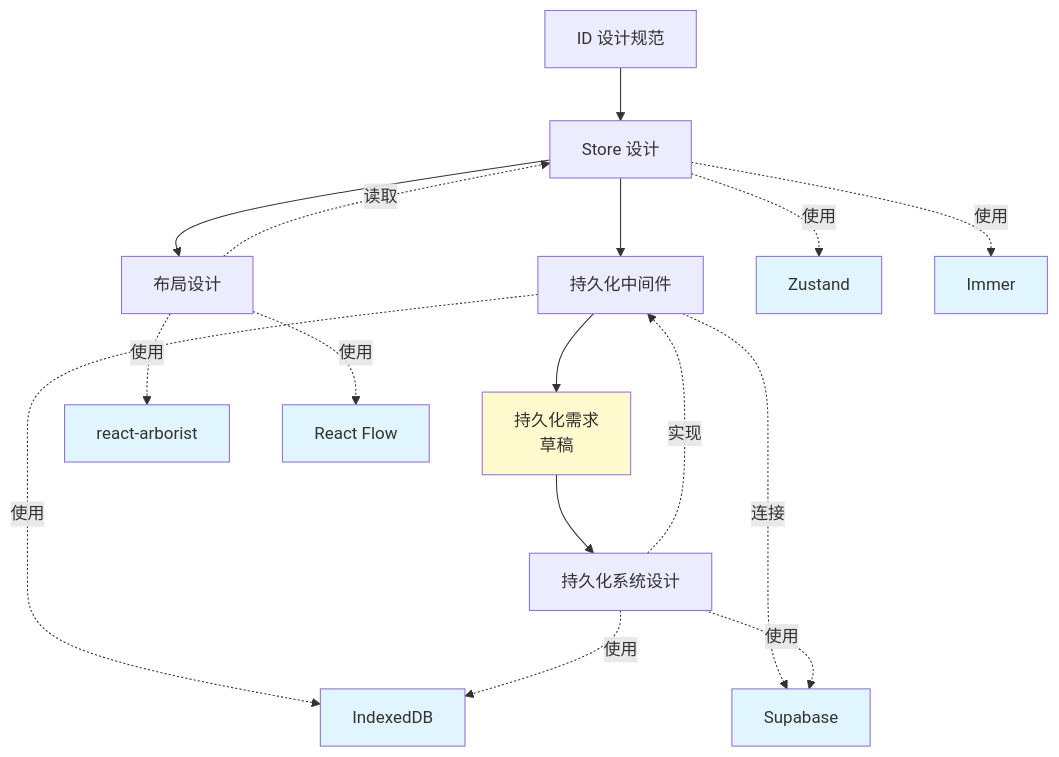
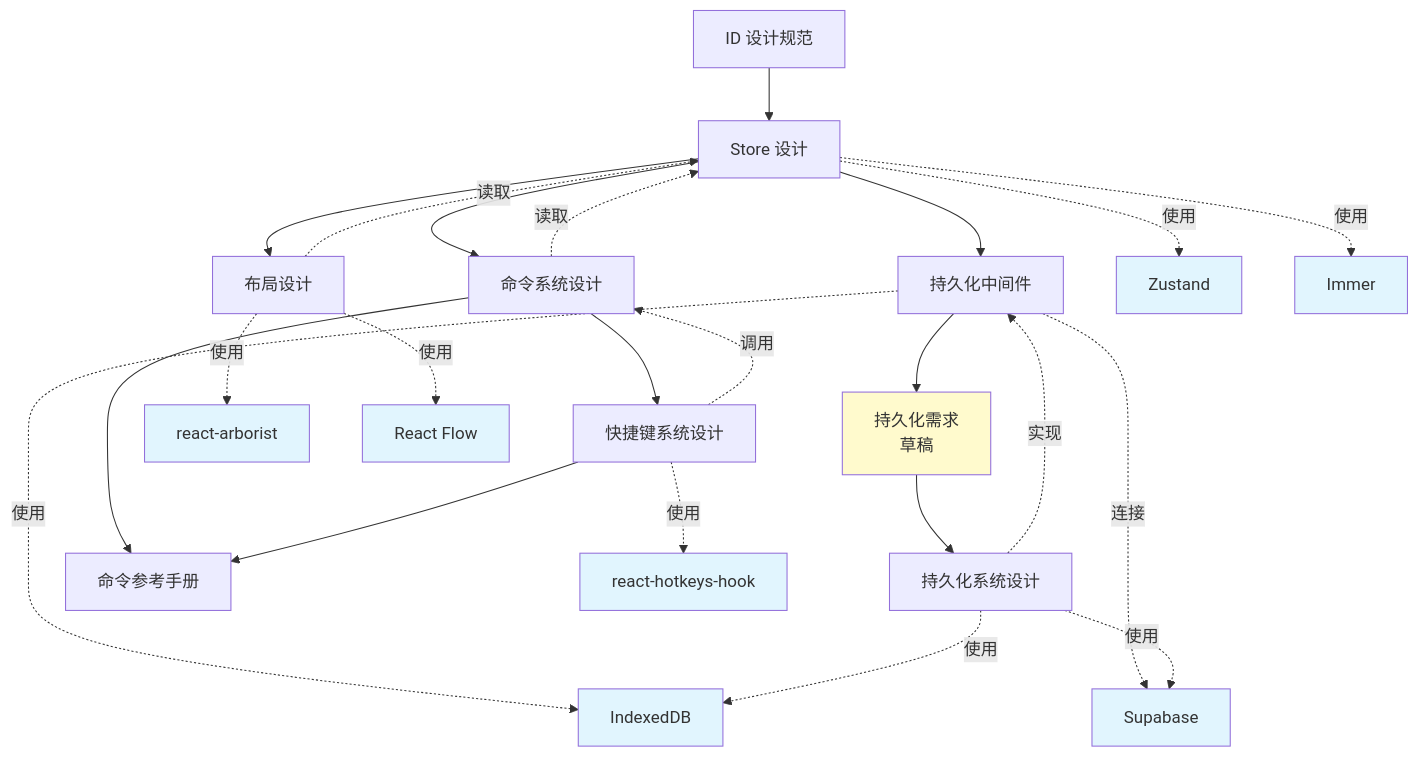
One commit to colin-han/spider-mind-v2 changed the diagram in docs/design/INDEX.md. Above: the diagram before and after it, drawn with Mermaid. The commit also changed other lines of this file and 36 other files, not shown here.

````diff
--- a/docs/design/INDEX.md
+++ b/docs/design/INDEX.md
@@ -71,29 +93,38 @@
 ```mermaid
 graph TD
     A[ID 设计规范] --> B[Store 设计]
     B --> C[持久化中间件]
     C --> D[持久化需求<br/>草稿]
     D --> I[持久化系统设计]
 
     B --> J[布局设计]
+    B --> M[命令系统设计]
+    M --> N[快捷键系统设计]
+    M --> O[命令参考手册]
+    N --> O
 
     B -.->|使用| E[Zustand]
     B -.->|使用| F[Immer]
     C -.->|使用| G[IndexedDB]
     C -.->|连接| H[Supabase]
     I -.->|使用| G
     I -.->|使用| H
     I -.->|实现| C
 
     J -.->|读取| B
     J -.->|使用| K[react-arborist]
     J -.->|使用| L[React Flow]
 
+    M -.->|读取| B
+    N -.->|使用| P[react-hotkeys-hook]
+    N -.->|调用| M
+
     style D fill:#fffacd
     style E fill:#e1f5fe
     style F fill:#e1f5fe
     style G fill:#e1f5fe
     style H fill:#e1f5fe
     style K fill:#e1f5fe
     style L fill:#e1f5fe
+    style P fill:#e1f5fe
 ```
````
